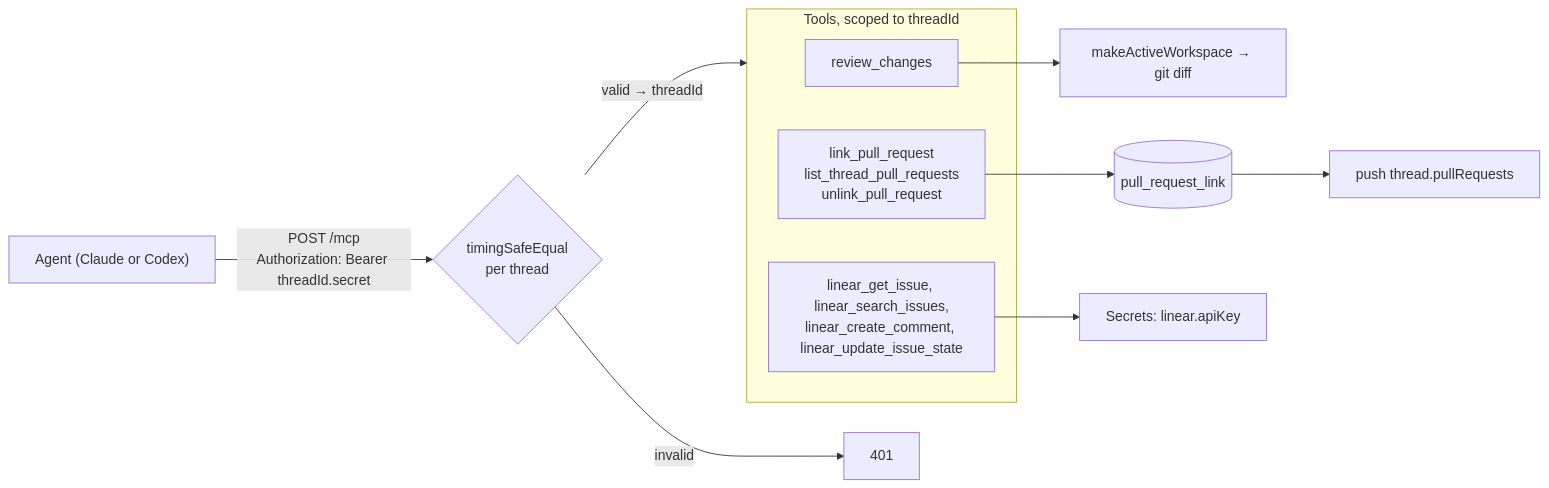
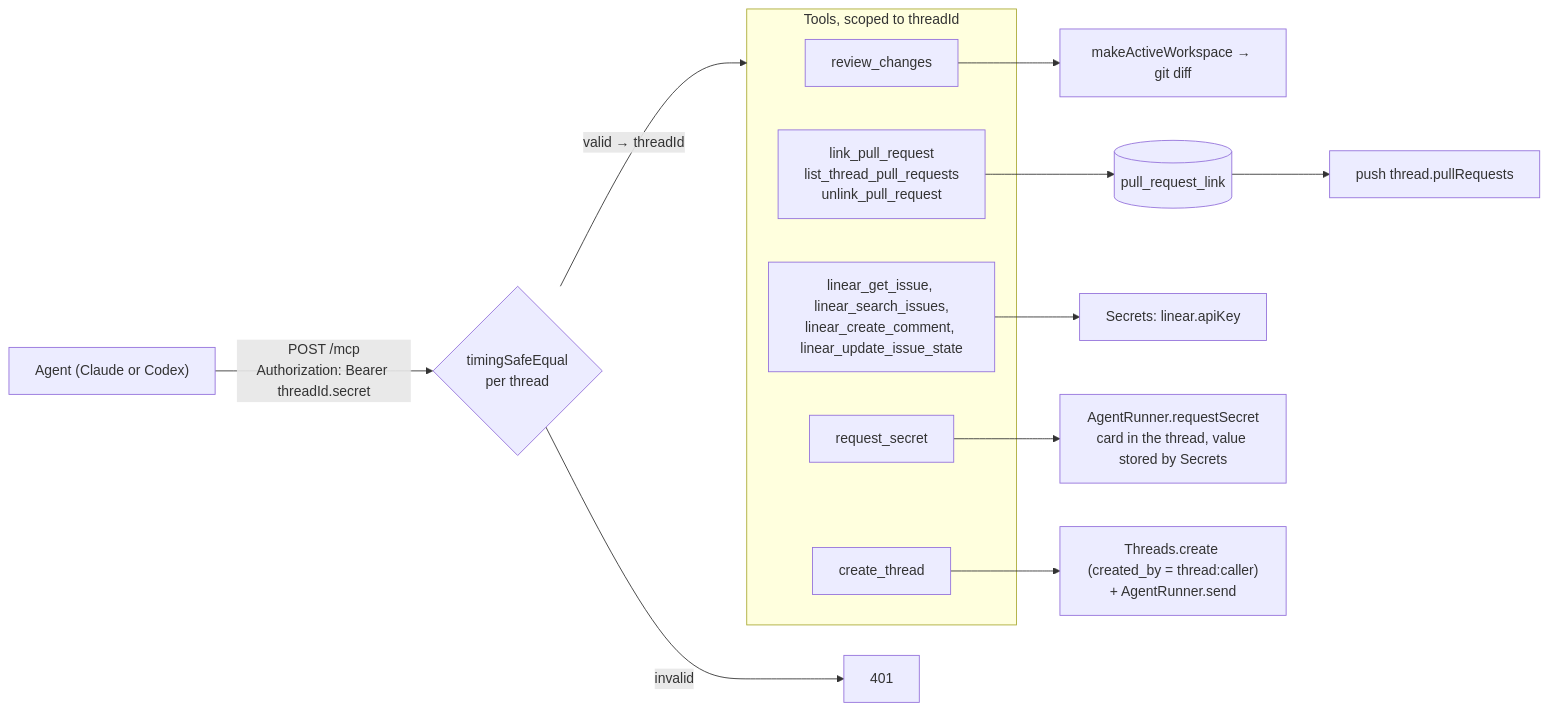
The tenth of 12 diagrams in docs/arch.md (hinadev-ai/hinacode), drawn with Mermaid before and after one commit. The commit also changed other lines of this file and 21 other files, not shown here.

First line of the commit message:
feat(mcp): add request_secret and create_thread tools

````diff
--- a/docs/arch.md
+++ b/docs/arch.md
@@ -280,14 +290,18 @@
 ```mermaid
 flowchart LR
   agent["Agent (Claude or Codex)"] -- "POST /mcp<br/>Authorization: Bearer threadId.secret" --> auth{"timingSafeEqual<br/>per thread"}
   auth -- "valid → threadId" --> tools
   auth -- invalid --> deny["401"]
   subgraph tools["Tools, scoped to threadId"]
     review["review_changes"]
     prs["link_pull_request<br/>list_thread_pull_requests<br/>unlink_pull_request"]
     linear["linear_get_issue, linear_search_issues,<br/>linear_create_comment, linear_update_issue_state"]
+    secret["request_secret"]
+    create["create_thread"]
   end
   review --> ws["makeActiveWorkspace → git diff"]
   prs --> db[("pull_request_link")] --> push["push thread.pullRequests"]
-  linear --> secret["Secrets: linear.apiKey"]
+  linear --> apikey["Secrets: linear.apiKey"]
+  secret --> runner["AgentRunner.requestSecret<br/>card in the thread, value stored by Secrets"]
+  create --> threads["Threads.create (created_by = thread:caller)<br/>+ AgentRunner.send"]
 ```
````
